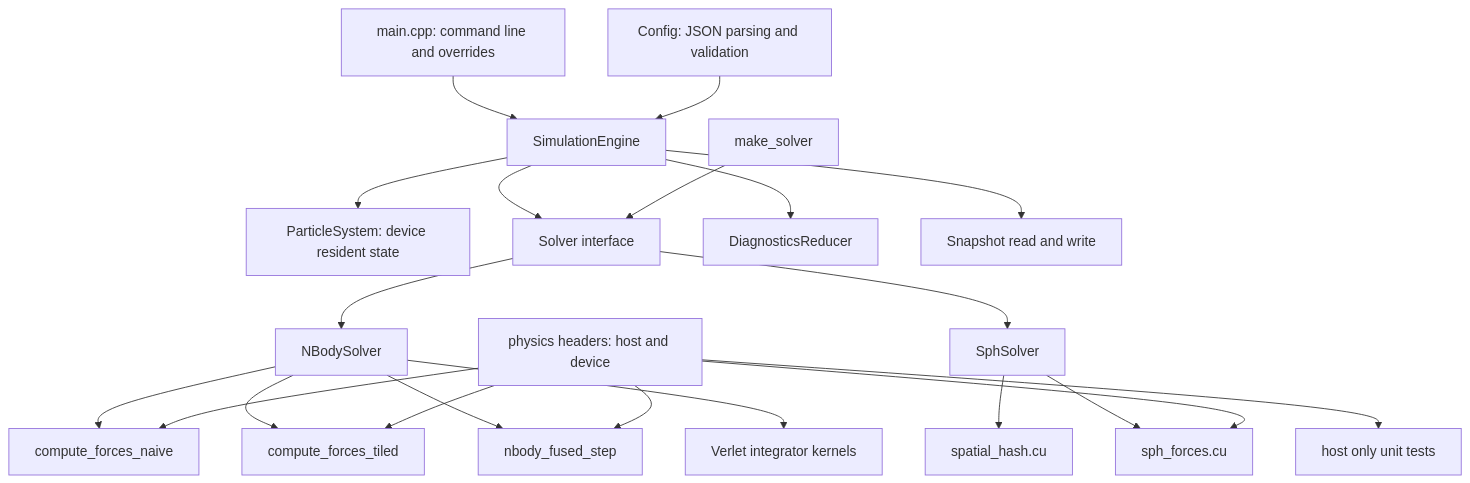
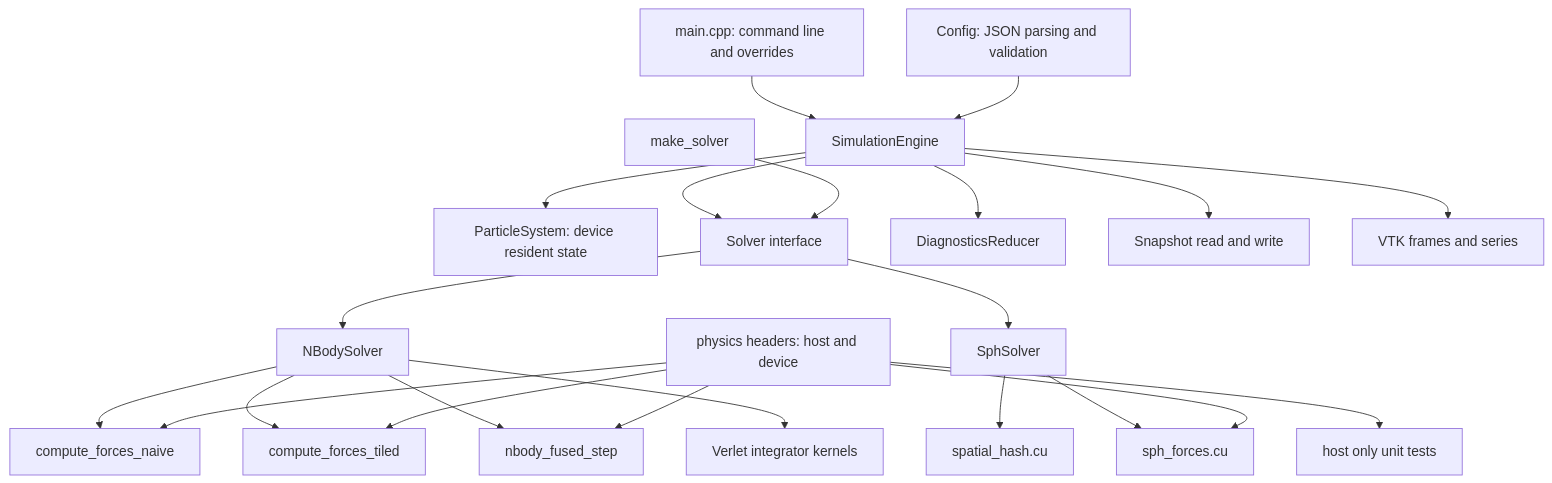
One commit to Olajide-Badejo/Particle-Physics-Simulation changed the first of 3 diagrams in docs/architecture.md. Above: the diagram before and after it, drawn with Mermaid. The commit also changed other lines of this file and 44 other files, not shown here.

First line of the commit message:
V2-06: Give particles stable ids and write VTK frames

````diff
--- a/docs/architecture.md
+++ b/docs/architecture.md
@@ -7,23 +7,24 @@
 ```mermaid
 flowchart TD
     CLI[main.cpp: command line and overrides] --> ENGINE[SimulationEngine]
     CONFIG[Config: JSON parsing and validation] --> ENGINE
     ENGINE --> PS[ParticleSystem: device resident state]
     ENGINE --> SOLVER[Solver interface]
     FACTORY[make_solver] --> SOLVER
     SOLVER --> NB[NBodySolver]
     SOLVER --> SPH[SphSolver]
     ENGINE --> DIAG[DiagnosticsReducer]
     ENGINE --> SNAP[Snapshot read and write]
+    ENGINE --> VTK[VTK frames and series]
     NB --> KNAIVE[compute_forces_naive]
     NB --> KTILED[compute_forces_tiled]
     NB --> KFUSED[nbody_fused_step]
     NB --> KINT[Verlet integrator kernels]
     SPH --> KHASH[spatial_hash.cu]
     SPH --> KSPH[sph_forces.cu]
     PHYS[physics headers: host and device] --> KNAIVE
     PHYS --> KTILED
     PHYS --> KFUSED
     PHYS --> KSPH
     PHYS --> HOSTTESTS[host only unit tests]
 ```
````
